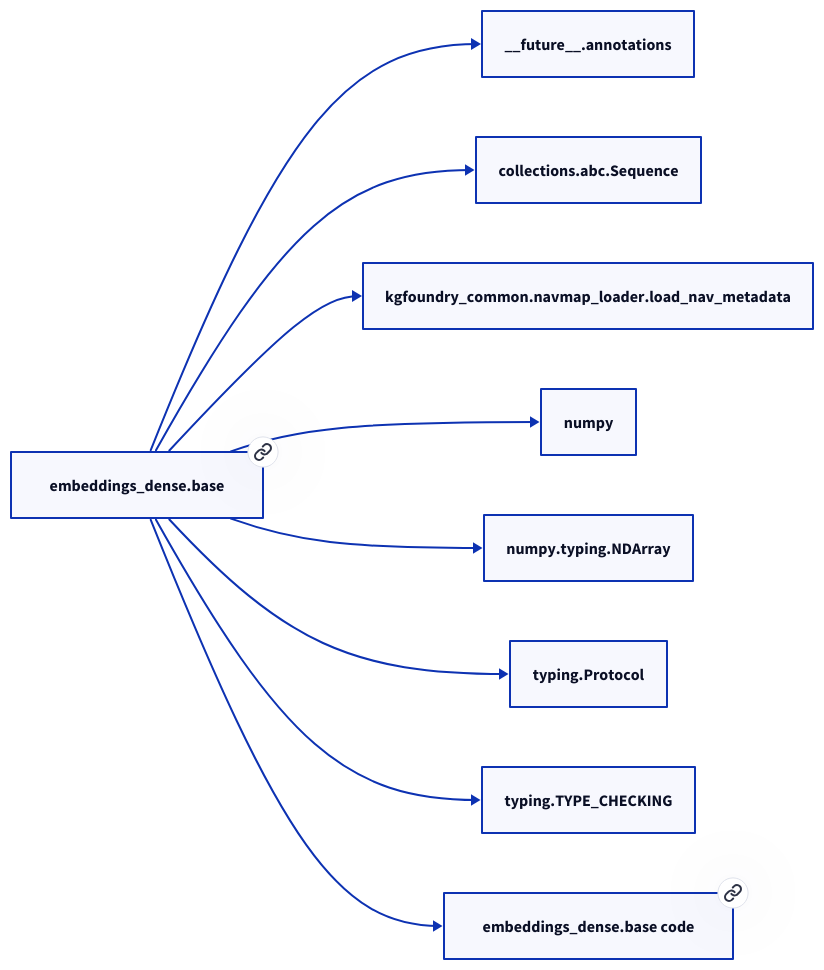
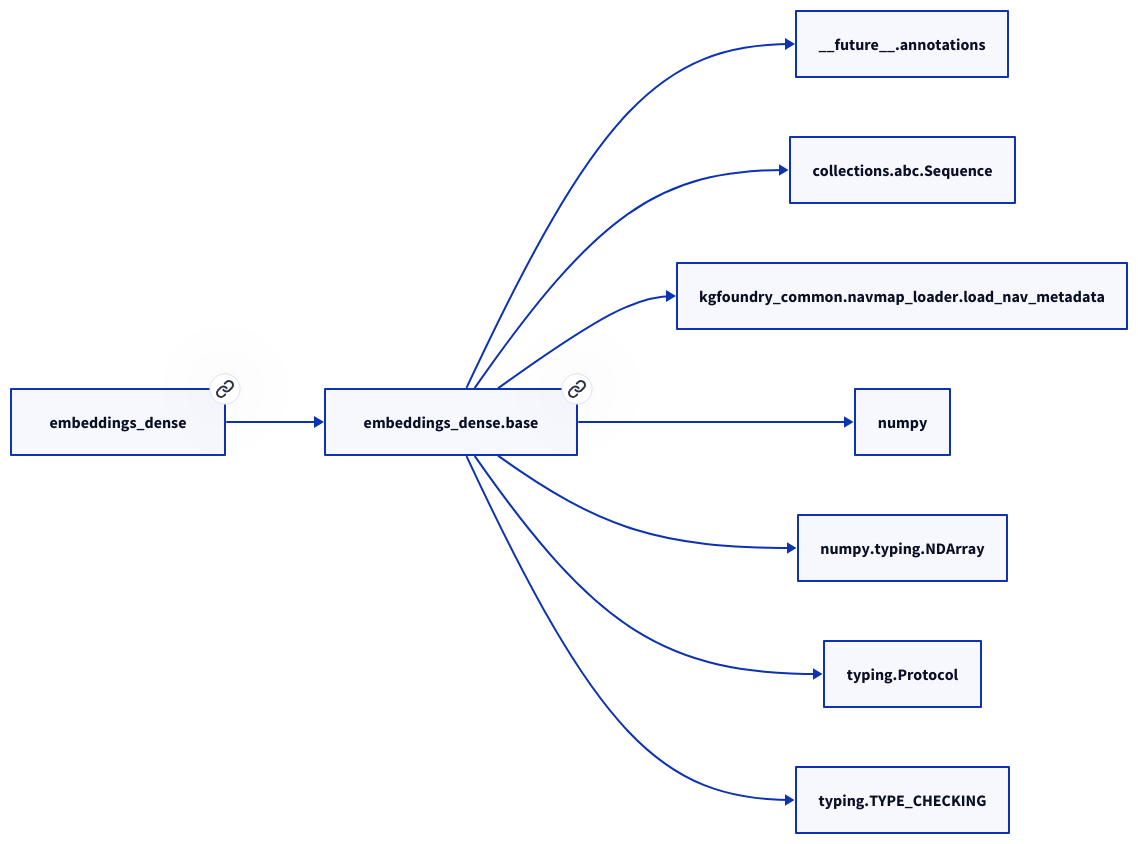
The second of 2 diagrams in docs/modules/embeddings_dense/base.md (paul-heyse/kgforge), drawn with D2 before and after one commit. The commit also changed other lines of this file and 208 other files, not shown here.

````diff
--- a/docs/modules/embeddings_dense/base.md
+++ b/docs/modules/embeddings_dense/base.md
@@ -38,20 +42,20 @@
 ```d2
 direction: right
-"embeddings_dense.base": "embeddings_dense.base" { link: "./embeddings_dense/base.md" }
+"embeddings_dense.base": "embeddings_dense.base" { link: "https://github.com/paul-heyse/kgfoundry/blob/main/src/embeddings_dense/base.py" }
 "__future__.annotations": "__future__.annotations"
 "embeddings_dense.base" -> "__future__.annotations"
 "collections.abc.Sequence": "collections.abc.Sequence"
 "embeddings_dense.base" -> "collections.abc.Sequence"
 "kgfoundry_common.navmap_loader.load_nav_metadata": "kgfoundry_common.navmap_loader.load_nav_metadata"
 "embeddings_dense.base" -> "kgfoundry_common.navmap_loader.load_nav_metadata"
 "numpy": "numpy"
 "embeddings_dense.base" -> "numpy"
 "numpy.typing.NDArray": "numpy.typing.NDArray"
 "embeddings_dense.base" -> "numpy.typing.NDArray"
 "typing.Protocol": "typing.Protocol"
 "embeddings_dense.base" -> "typing.Protocol"
 "typing.TYPE_CHECKING": "typing.TYPE_CHECKING"
 "embeddings_dense.base" -> "typing.TYPE_CHECKING"
-"embeddings_dense.base_code": "embeddings_dense.base code" { link: "https://github.com/kgfoundry/kgfoundry/blob/main/src/embeddings_dense/base.py" }
-"embeddings_dense.base" -> "embeddings_dense.base_code" { style: dashed }
+"embeddings_dense": "embeddings_dense" { link: "https://github.com/paul-heyse/kgfoundry/blob/main/src/embeddings_dense/__init__.py" }
+"embeddings_dense" -> "embeddings_dense.base" { style: dashed }
 ```
````
